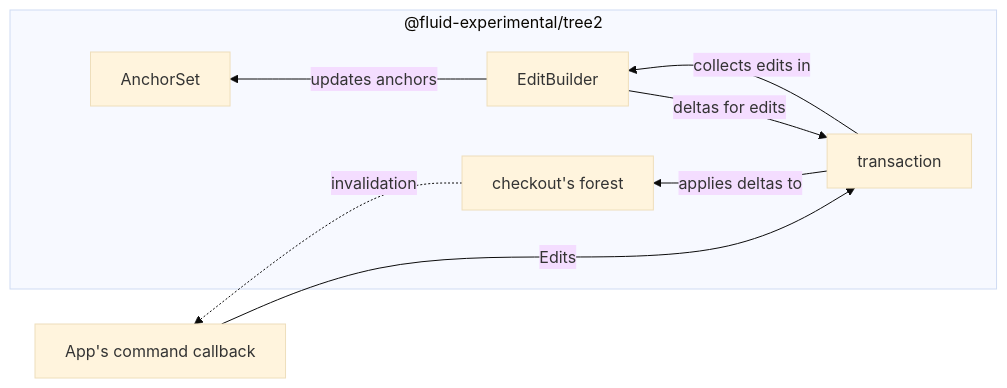
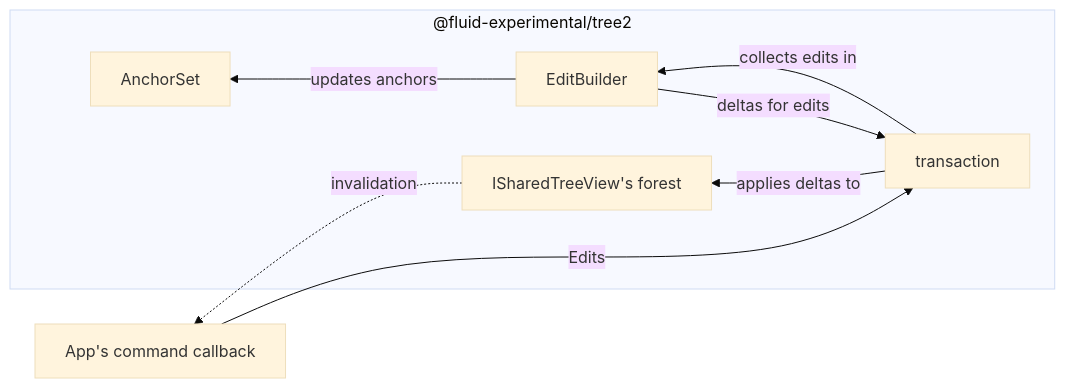
The third of 6 diagrams in experimental/dds/tree2/README.md (microsoft/FluidFramework), drawn with Mermaid (base theme) before and after one commit. The commit also changed other lines of this file and 5 other files, not shown here.

First line of the commit message:
docs(tree): Replace usages of the term checkout with view (#15889)

````diff
--- a/experimental/dds/tree2/README.md
+++ b/experimental/dds/tree2/README.md
@@ -202,12 +202,12 @@
 ```mermaid
 flowchart RL
     subgraph "@fluid-experimental/tree2"
         transaction--"collects edits in"-->EditBuilder
         EditBuilder--"updates anchors"-->AnchorSet
         EditBuilder--"deltas for edits"-->transaction
-        transaction--"applies deltas to"-->forest["checkout's forest"]
+        transaction--"applies deltas to"-->forest["ISharedTreeView's forest"]
     end
     command["App's command callback"]
     command--"Edits"-->transaction
     forest-."invalidation".->command
 ```
````
